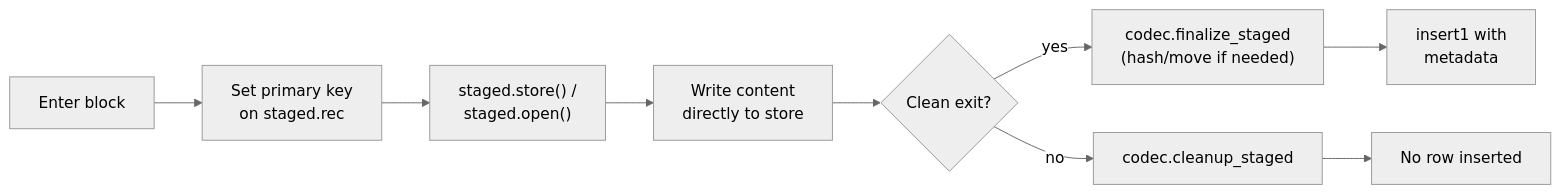
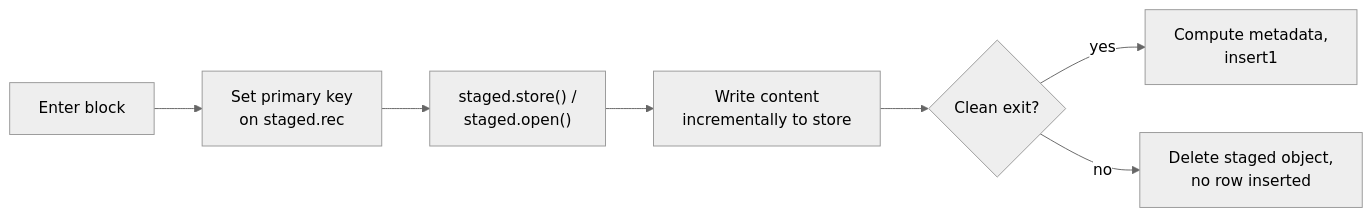
One commit to datajoint/datajoint-docs changed the diagram in src/reference/specs/staged-insert.md. Above: the diagram before and after it, drawn with Mermaid (neutral theme). The commit also changed other lines of this file and 1 other file, not shown here.

First line of the commit message:
docs(specs): scope staged-insert spec to <object@> only (minimal spec)

````diff
--- a/src/reference/specs/staged-insert.md
+++ b/src/reference/specs/staged-insert.md
@@ -13,11 +9,9 @@
 ```mermaid
 flowchart LR
     A["Enter block"] --> B["Set primary key<br/>on staged.rec"]
     B --> C["staged.store() /<br/>staged.open()"]
-    C --> D["Write content<br/>directly to store"]
+    C --> D["Write content<br/>incrementally to store"]
     D --> E{"Clean exit?"}
-    E -->|yes| F["codec.finalize_staged<br/>(hash/move if needed)"]
-    F --> G["insert1 with<br/>metadata"]
-    E -->|no| H["codec.cleanup_staged"]
-    H --> I["No row inserted"]
+    E -->|yes| F["Compute metadata,<br/>insert1"]
+    E -->|no| G["Delete staged object,<br/>no row inserted"]
 ```
````
